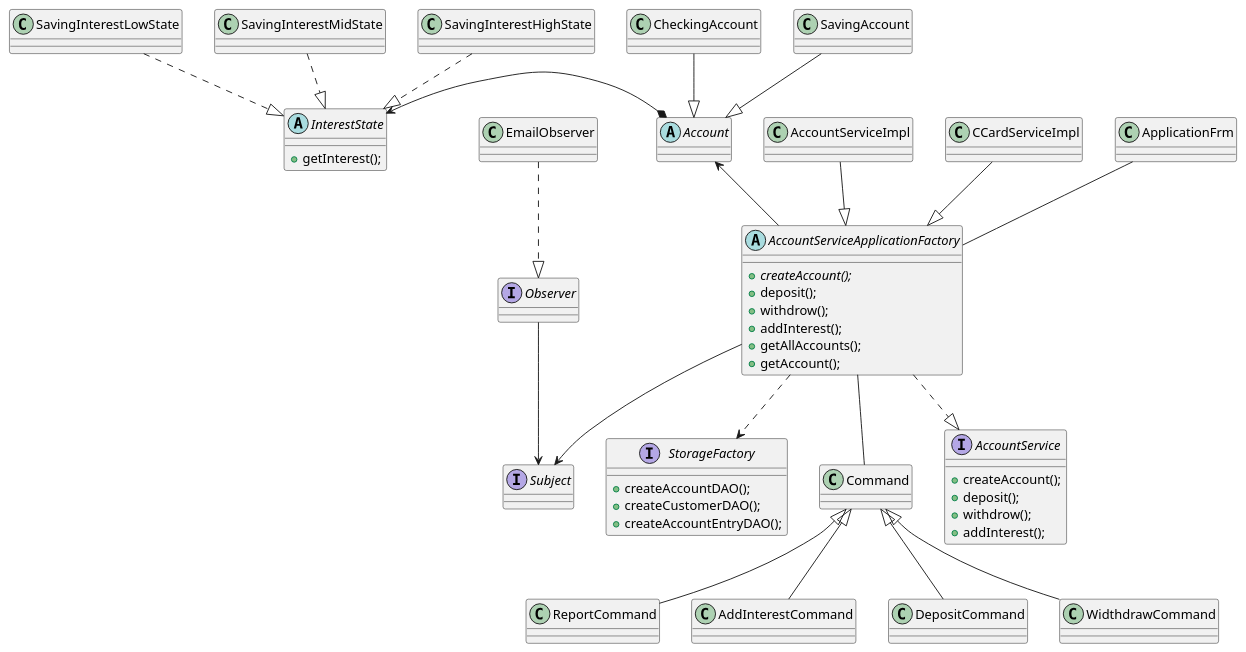
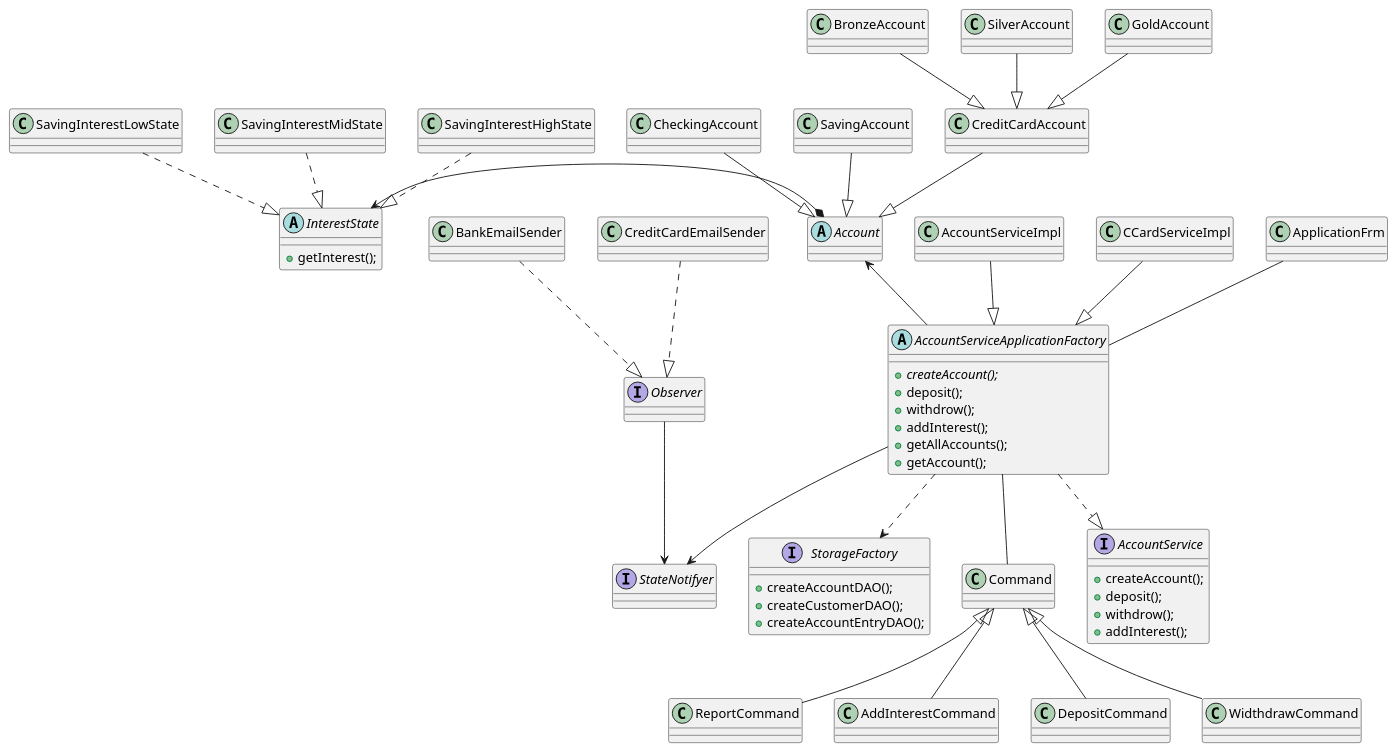
The diagram in src/main/java/Internal/classDiagram.puml (kgapparov/ASDProject), drawn with PlantUML before and after one commit. The commit also changed 4 other files, not shown here.

Commit message:
Updated Observer and classDiagram

```diff
--- a/src/main/java/Internal/classDiagram.puml
+++ b/src/main/java/Internal/classDiagram.puml
@@ -1,69 +1,78 @@
 @startuml
 'https://plantuml.com/class-diagram
 
 interface AccountService {
     +createAccount();
     +deposit();
     +withdrow();
     +addInterest();
 }
 
 abstract AccountServiceApplicationFactory{
     +{abstract}createAccount();
     +deposit();
     +withdrow();
     +addInterest();
     +getAllAccounts();
     +getAccount();
 }
 
 interface StorageFactory {
     +createAccountDAO();
     +createCustomerDAO();
     +createAccountEntryDAO();
 }
 'new Account product with subclasses
 abstract Account
 class CheckingAccount
 class SavingAccount
+class CreditCardAccount
+class BronzeAccount
+class SilverAccount
+class GoldAccount
 'diagram
 CheckingAccount --|> Account
 SavingAccount --|> Account
-
+CreditCardAccount --|> Account
+GoldAccount --|> CreditCardAccount
+SilverAccount --|> CreditCardAccount
+BronzeAccount --|> CreditCardAccount
 
 'Observer pattern for notifiyer
-interface Subject
+interface StateNotifyer
 Interface Observer
-class EmailObserver
+class BankEmailSender
+class CreditCardEmailSender
 
-Observer --> Subject
-EmailObserver ..|> Observer
+Observer --> StateNotifyer
+BankEmailSender ..|> Observer
+CreditCardEmailSender ..|> Observer
 
-AccountServiceApplicationFactory --> Subject
+AccountServiceApplicationFactory --> StateNotifyer
 
 abstract class InterestState {
     +getInterest();
 }
 class SavingInterestLowState
 class SavingInterestMidState
 class SavingInterestHighState
 SavingInterestHighState ..|> InterestState
 SavingInterestLowState ..|> InterestState
 SavingInterestMidState ..|> InterestState
 
 InterestState <-* Account
 AccountServiceApplicationFactory ..|> AccountService
 AccountServiceImpl --|> AccountServiceApplicationFactory
 CCardServiceImpl --|> AccountServiceApplicationFactory
 
 AccountServiceApplicationFactory ..> StorageFactory
 Account <-- AccountServiceApplicationFactory
 
 Command <|-- ReportCommand
 Command <|-- AddInterestCommand
 Command <|-- DepositCommand
 Command <|-- WidthdrawCommand
 
 AccountServiceApplicationFactory -- Command
 ApplicationFrm -- AccountServiceApplicationFactory
 @enduml
```
